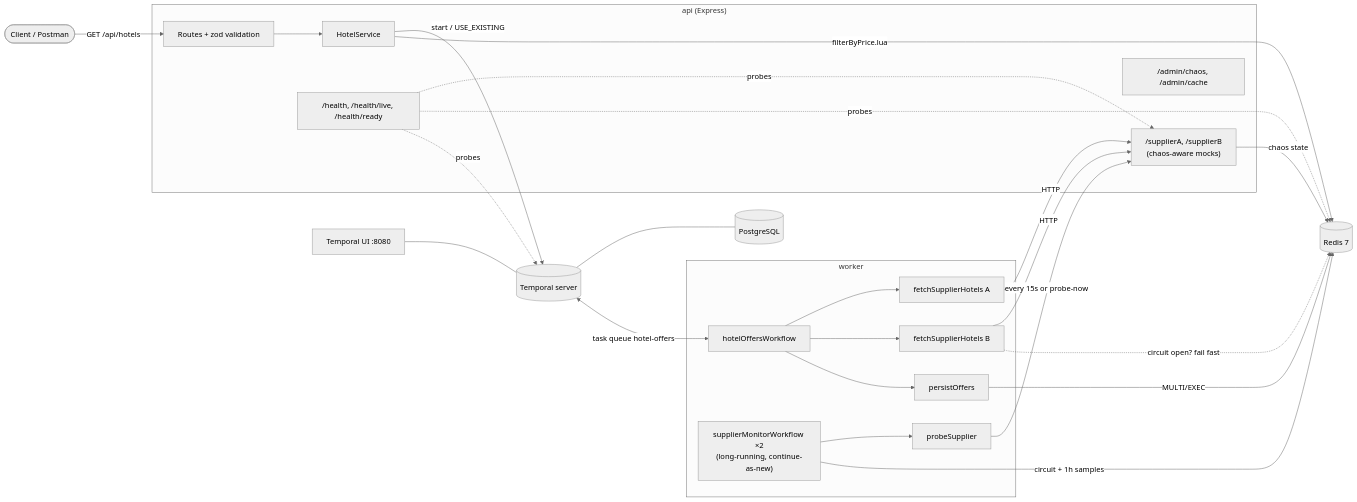
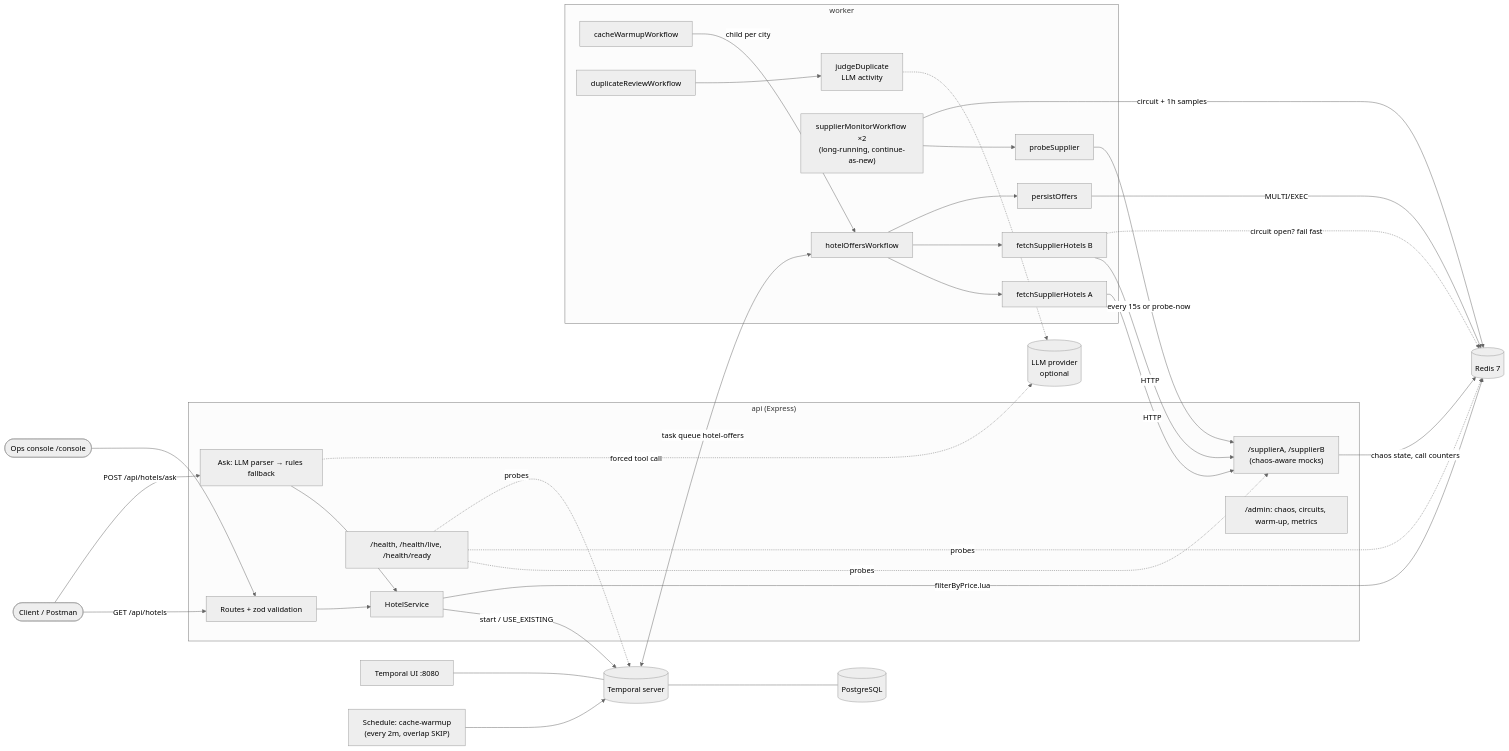
The first of 3 diagrams in README.md (Vanisha-vc5/hotel-offer-orchestrator), drawn with Mermaid (neutral theme) before and after one commit. The commit also changed other lines of this file and 8 other files, not shown here.

````diff
--- a/README.md
+++ b/README.md
@@ -40,33 +92,41 @@
 ```mermaid
 flowchart LR
   client([Client / Postman]) -->|GET /api/hotels| api
+  browser([Ops console /console]) --> api
+  client -->|POST /api/hotels/ask| ask
 
   subgraph apiProc["api (Express)"]
     api[Routes + zod validation] --> svc[HotelService]
+    ask["Ask: LLM parser → rules fallback"] --> svc
     mocks["/supplierA, /supplierB<br/>(chaos-aware mocks)"]
-    admin["/admin/chaos, /admin/cache"]
+    admin["/admin: chaos, circuits, warm-up, metrics"]
     health["/health, /health/live, /health/ready"]
   end
 
+  ask -.->|forced tool call| llm[(LLM provider<br/>optional)]
   svc -->|start / USE_EXISTING| temporal[(Temporal server)]
   svc -->|filterByPrice.lua| redis[(Redis 7)]
   temporal --- pg[(PostgreSQL)]
   ui[Temporal UI :8080] --- temporal
+  sched["Schedule: cache-warmup<br/>(every 2m, overlap SKIP)"] --> temporal
 
   subgraph workerProc["worker"]
     wf[hotelOffersWorkflow] --> actA[fetchSupplierHotels A]
     wf --> actB[fetchSupplierHotels B]
     wf --> persist[persistOffers]
+    warm[cacheWarmupWorkflow] -->|child per city| wf
     mon["supplierMonitorWorkflow ×2<br/>(long-running, continue-as-new)"] --> probe[probeSupplier]
+    dup[duplicateReviewWorkflow] --> judge[judgeDuplicate<br/>LLM activity]
   end
 
   temporal <-->|task queue hotel-offers| wf
   actA -->|HTTP| mocks
   actB -->|HTTP| mocks
   persist -->|MULTI/EXEC| redis
   probe -->|every 15s or probe-now| mocks
   mon -->|circuit + 1h samples| redis
   actB -.->|circuit open? fail fast| redis
-  mocks -->|chaos state| redis
+  judge -.-> llm
+  mocks -->|chaos state, call counters| redis
   health -.->|probes| mocks & redis & temporal
 ```
````
